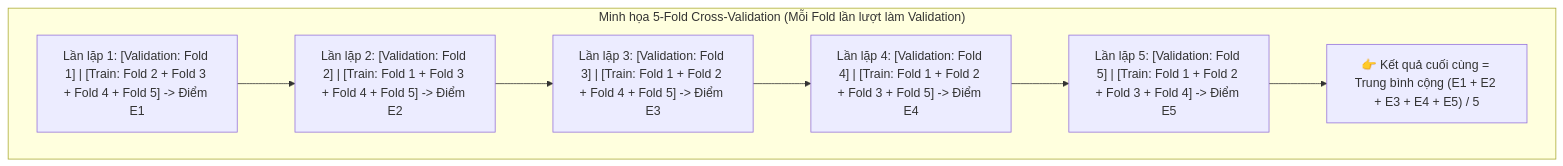
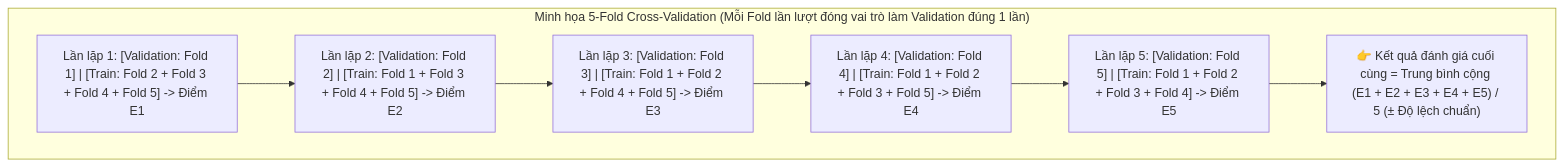
One commit to nxthanh2904/nca-genl changed the fifth of 5 diagrams in Module_05_Model_Selection.md. Above: the diagram before and after it, drawn with Mermaid. The commit also changed other lines of this file and 11 other files, not shown here.

````diff
--- a/Module_05_Model_Selection.md
+++ b/Module_05_Model_Selection.md
@@ -146,13 +213,13 @@
 ```mermaid
 flowchart TD
-    subgraph CV["Minh họa 5-Fold Cross-Validation (Mỗi Fold lần lượt làm Validation)"]
+    subgraph CV["Minh họa 5-Fold Cross-Validation (Mỗi Fold lần lượt đóng vai trò làm Validation đúng 1 lần)"]
         L1["Lần lặp 1: [Validation: Fold 1] | [Train: Fold 2 + Fold 3 + Fold 4 + Fold 5] -> Điểm E1"]
         L2["Lần lặp 2: [Validation: Fold 2] | [Train: Fold 1 + Fold 3 + Fold 4 + Fold 5] -> Điểm E2"]
         L3["Lần lặp 3: [Validation: Fold 3] | [Train: Fold 1 + Fold 2 + Fold 4 + Fold 5] -> Điểm E3"]
         L4["Lần lặp 4: [Validation: Fold 4] | [Train: Fold 1 + Fold 2 + Fold 3 + Fold 5] -> Điểm E4"]
         L5["Lần lặp 5: [Validation: Fold 5] | [Train: Fold 1 + Fold 2 + Fold 3 + Fold 4] -> Điểm E5"]
-        Avg["👉 Kết quả cuối cùng = Trung bình cộng (E1 + E2 + E3 + E4 + E5) / 5"]
+        Avg["👉 Kết quả đánh giá cuối cùng = Trung bình cộng (E1 + E2 + E3 + E4 + E5) / 5 (± Độ lệch chuẩn)"]
         
         L1 --> L2 --> L3 --> L4 --> L5 --> Avg
     end
 ```
````
